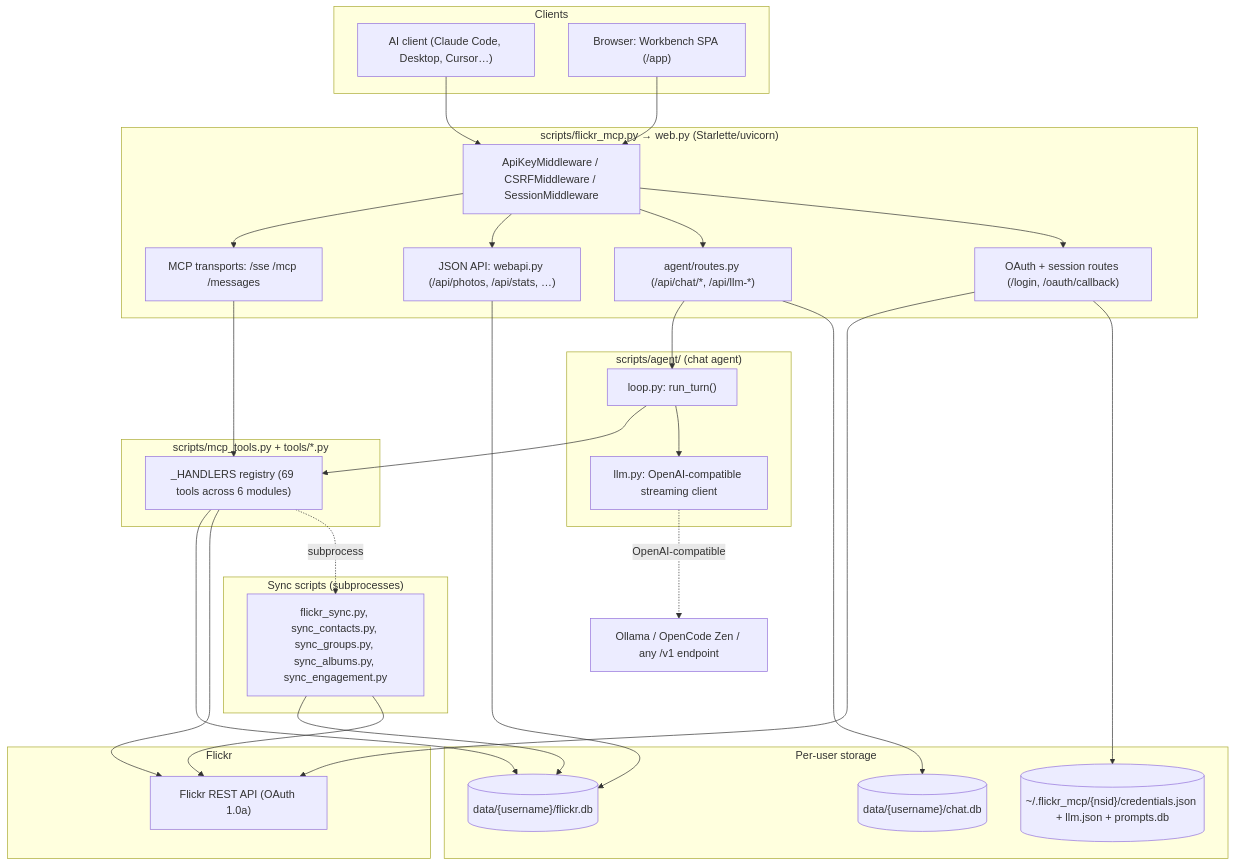
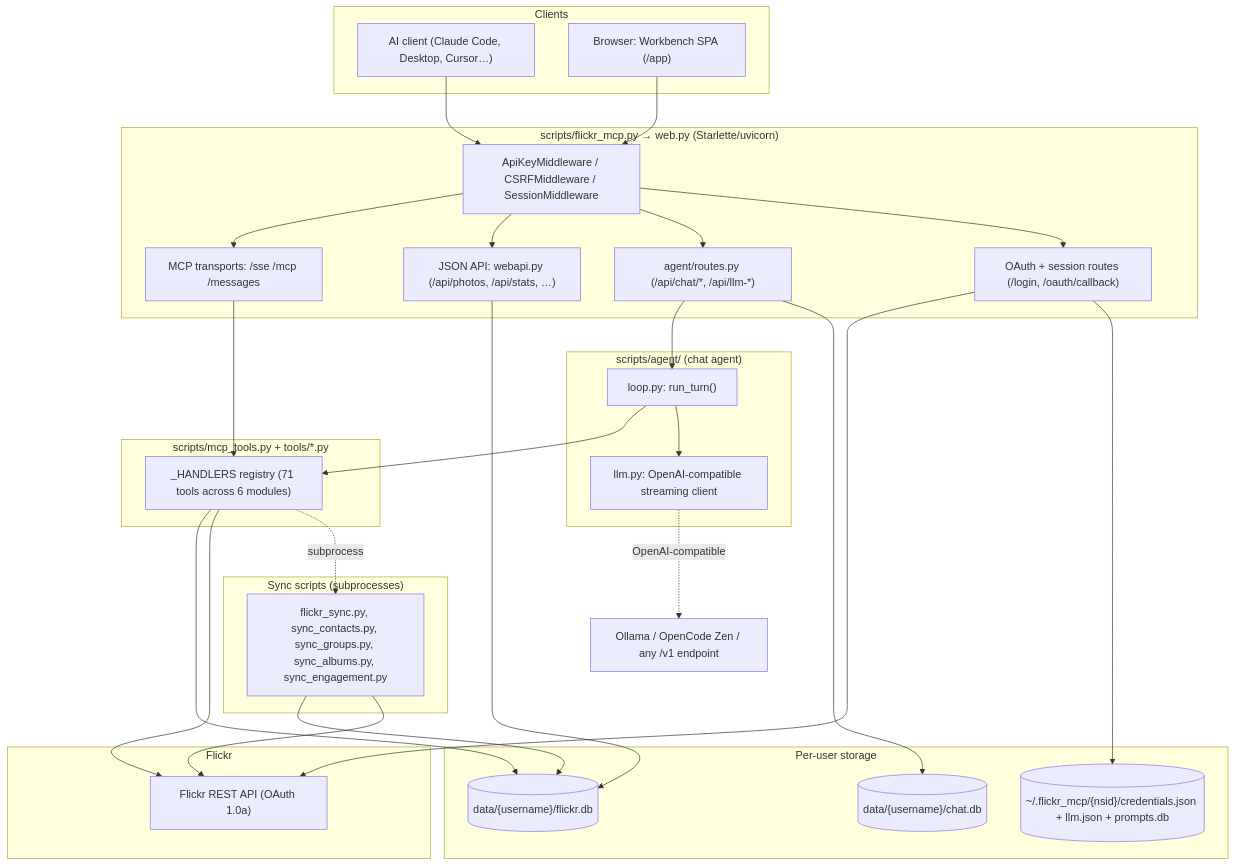
Before and after one commit to kc9yjp/mre_flickr_mcp: the diagram in ARCHITECTURE.md, drawn with Mermaid. The commit also changed other lines of this file and 13 other files, not shown here.

````diff
--- a/ARCHITECTURE.md
+++ b/ARCHITECTURE.md
@@ -30,54 +30,54 @@
 ```mermaid
 flowchart TB
     subgraph clients["Clients"]
         AI["AI client (Claude Code, Desktop, Cursor…)"]
         Browser["Browser: Workbench SPA (/app)"]
     end
 
     subgraph server["scripts/flickr_mcp.py → web.py (Starlette/uvicorn)"]
         MW["ApiKeyMiddleware / CSRFMiddleware / SessionMiddleware"]
         MCP["MCP transports: /sse /mcp /messages"]
         API["JSON API: webapi.py (/api/photos, /api/stats, …)"]
         AgentRoutes["agent/routes.py (/api/chat/*, /api/llm-*)"]
         OAuth["OAuth + session routes (/login, /oauth/callback)"]
     end
 
     subgraph tools["scripts/mcp_tools.py + tools/*.py"]
-        Handlers["_HANDLERS registry (69 tools across 6 modules)"]
+        Handlers["_HANDLERS registry (71 tools across 6 modules)"]
     end
 
     subgraph agentloop["scripts/agent/ (chat agent)"]
         Loop["loop.py: run_turn()"]
         LLM["llm.py: OpenAI-compatible streaming client"]
     end
 
     subgraph data["Per-user storage"]
         DB[("data/{username}/flickr.db")]
         Chat[("data/{username}/chat.db")]
         Creds[("~/.flickr_mcp/{nsid}/credentials.json + llm.json + prompts.db")]
     end
 
     subgraph flickr["Flickr"]
         FlickrAPI["Flickr REST API (OAuth 1.0a)"]
     end
 
     subgraph sync["Sync scripts (subprocesses)"]
         Sync["flickr_sync.py, sync_contacts.py, sync_groups.py, sync_albums.py, sync_engagement.py"]
     end
 
     AI --> MW --> MCP --> Handlers
     Browser --> MW
     MW --> API --> DB
     MW --> AgentRoutes --> Loop
     Loop --> Handlers
     Loop --> LLM
     LLM -.OpenAI-compatible.-> ExternalLLM["Ollama / OpenCode Zen / any /v1 endpoint"]
     MW --> OAuth --> FlickrAPI
     Handlers --> DB
     Handlers --> FlickrAPI
     Handlers -. subprocess .-> Sync
     Sync --> DB
     Sync --> FlickrAPI
     AgentRoutes --> Chat
     OAuth --> Creds
 ```
````
